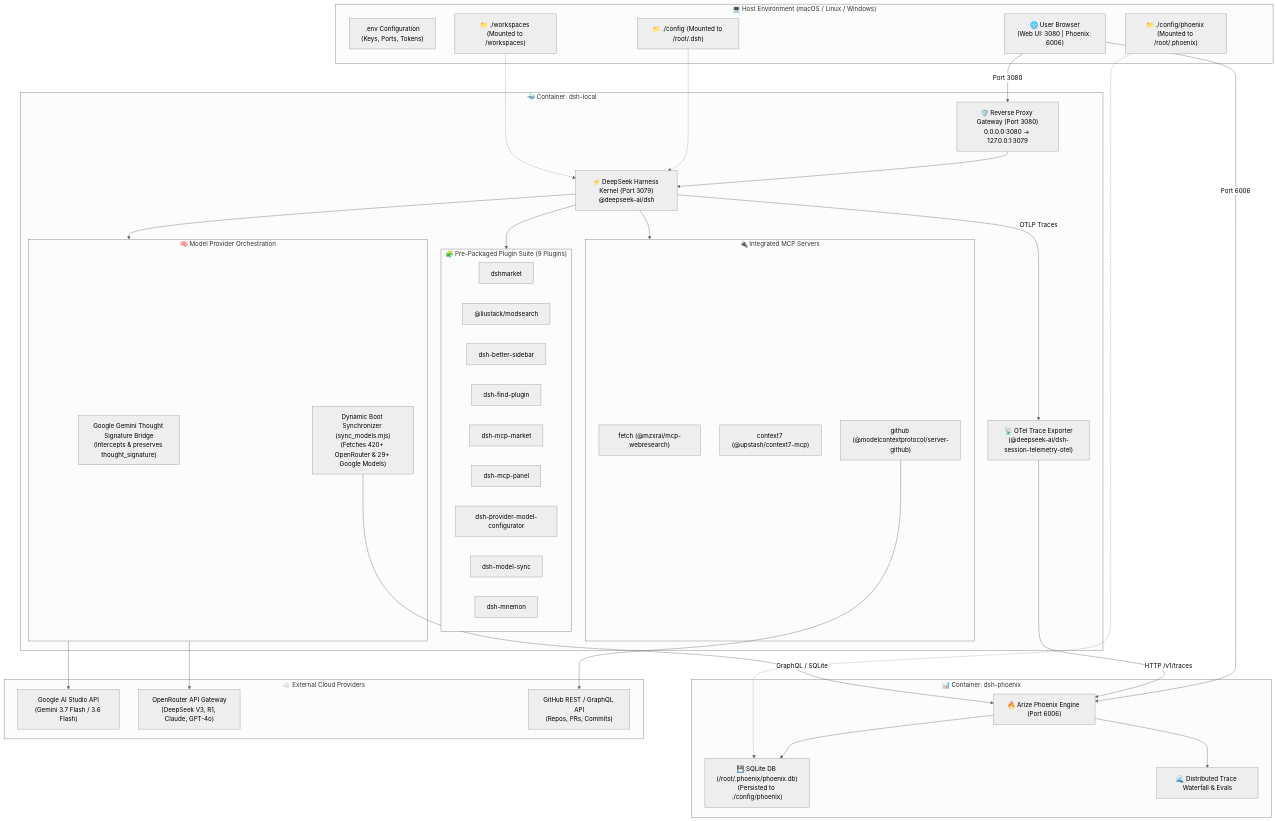
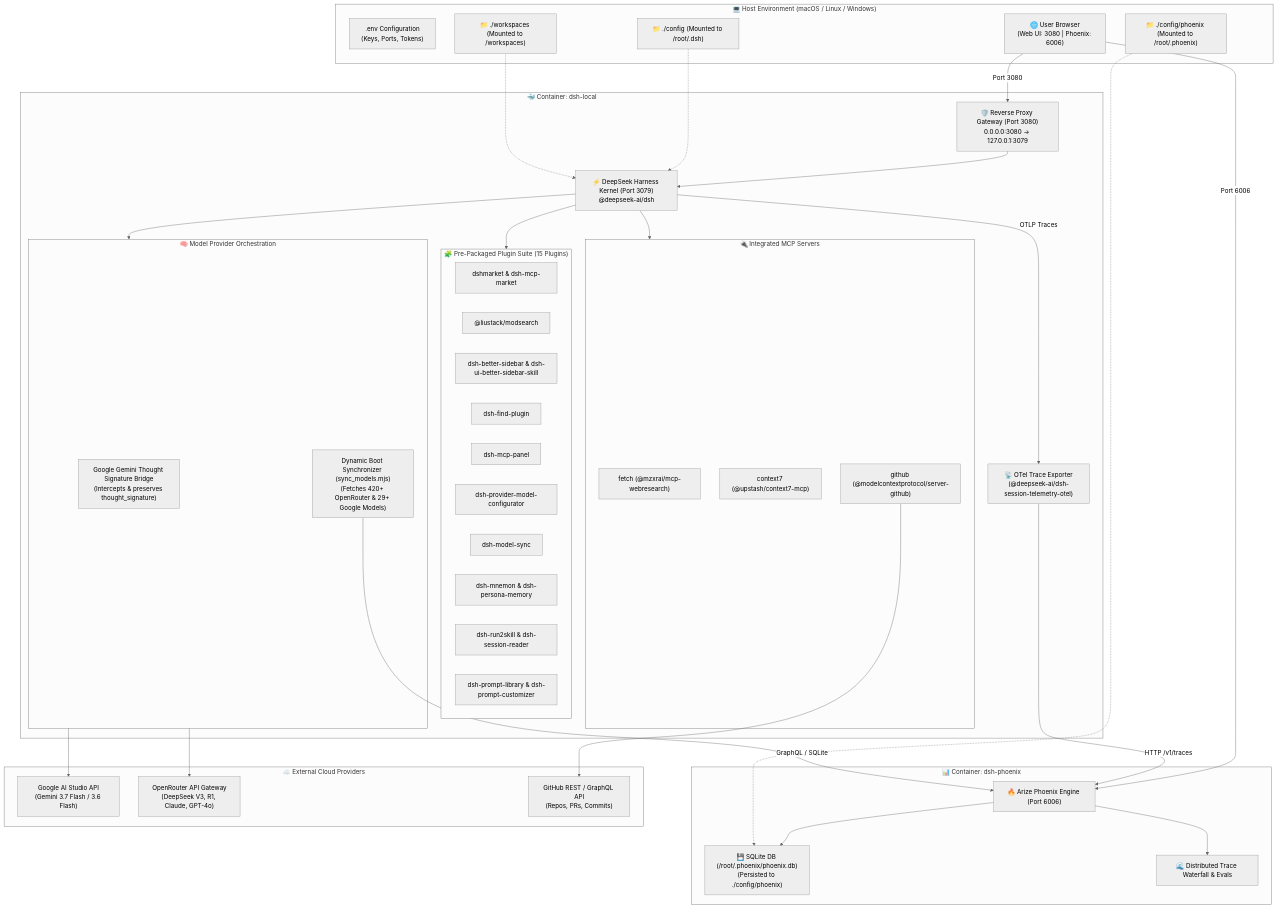
One commit to hdjebar/DSH-DDS changed the diagram in docs/architecture.md. Above: the diagram before and after it, drawn with Mermaid (neutral theme). The commit also changed 2 other files, not shown here.

Commit message:
docs: comprehensive update across README and docs covering all 15 plugins, Multi-Model Matrix, and Persona Studio

````diff
--- a/docs/architecture.md
+++ b/docs/architecture.md
@@ -3,73 +3,74 @@
 ```mermaid
 flowchart TD
     subgraph Host ["💻 Host Environment (macOS / Linux / Windows)"]
         ENV[".env Configuration\n(Keys, Ports, Tokens)"]
         VOL_CFG["📁 ./config (Mounted to /root/.dsh)"]
         VOL_PHX["📁 ./config/phoenix (Mounted to /root/.phoenix)"]
         VOL_WS["📁 ./workspaces (Mounted to /workspaces)"]
         BROWSER["🌐 User Browser\n(Web UI: 3080 | Phoenix: 6006)"]
     end
 
     subgraph DSH_Container ["🐳 Container: dsh-local"]
         PROXY["🛡️ Reverse Proxy Gateway (Port 3080)\n0.0.0.0:3080 -> 127.0.0.1:3079"]
         CORE["⚡ DeepSeek Harness Kernel (Port 3079)\n@deepseek-ai/dsh"]
         
-        subgraph Plugins ["🧩 Pre-Packaged Plugin Suite (9 Plugins)"]
-            PLUG_MKT["dshmarket"]
+        subgraph Plugins ["🧩 Pre-Packaged Plugin Suite (15 Plugins)"]
+            PLUG_MKT["dshmarket & dsh-mcp-market"]
             PLUG_SRC["@liustack/modsearch"]
-            PLUG_SIDE["dsh-better-sidebar"]
+            PLUG_SIDE["dsh-better-sidebar & dsh-ui-better-sidebar-skill"]
             PLUG_FIND["dsh-find-plugin"]
-            PLUG_MCP_MKT["dsh-mcp-market"]
             PLUG_MCP_PNL["dsh-mcp-panel"]
             PLUG_CFG["dsh-provider-model-configurator"]
             PLUG_SYNC["dsh-model-sync"]
-            PLUG_MNEM["dsh-mnemon"]
+            PLUG_MNEM["dsh-mnemon & dsh-persona-memory"]
+            PLUG_DISTILL["dsh-run2skill & dsh-session-reader"]
+            PLUG_PROMPT["dsh-prompt-library & dsh-prompt-customizer"]
         end
 
         subgraph MCP_Servers ["🔌 Integrated MCP Servers"]
             MCP_FETCH["fetch (@mzxrai/mcp-webresearch)"]
             MCP_CTX["context7 (@upstash/context7-mcp)"]
             MCP_GH["github (@modelcontextprotocol/server-github)"]
         end
 
         subgraph LLM_Bridges ["🧠 Model Provider Orchestration"]
             BRIDGE_GEMINI["Google Gemini Thought Signature Bridge\n(Intercepts & preserves thought_signature)"]
             AUTO_SYNC["Dynamic Boot Synchronizer (sync_models.mjs)\n(Fetches 420+ OpenRouter & 29+ Google Models)"]
         end
 
         OTEL_EXPORTER["📡 OTel Trace Exporter\n(@deepseek-ai/dsh-session-telemetry-otel)"]
     end
 
     subgraph Phoenix_Container ["📊 Container: dsh-phoenix"]
         PHOENIX_SRV["🔥 Arize Phoenix Engine (Port 6006)"]
         SQLITE_DB["💾 SQLite DB (/root/.phoenix/phoenix.db)\n(Persisted to ./config/phoenix)"]
         TRACES["🌊 Distributed Trace Waterfall & Evals"]
     end
 
     subgraph External_APIs ["☁️ External Cloud Providers"]
         API_GEMINI["Google AI Studio API\n(Gemini 3.7 Flash / 3.6 Flash)"]
         API_OPENROUTER["OpenRouter API Gateway\n(DeepSeek V3, R1, Claude, GPT-4o)"]
         API_GITHUB["GitHub REST / GraphQL API\n(Repos, PRs, Commits)"]
     end
 
     %% Connections
     BROWSER -->|Port 3080| PROXY
     BROWSER -->|Port 6006| PHOENIX_SRV
     PROXY --> CORE
     CORE --> Plugins
     CORE --> MCP_Servers
     CORE --> LLM_Bridges
     LLM_Bridges --> API_GEMINI
     LLM_Bridges --> API_OPENROUTER
     MCP_GH --> API_GITHUB
     
     CORE -->|OTLP Traces| OTEL_EXPORTER
     OTEL_EXPORTER -->|HTTP /v1/traces| PHOENIX_SRV
     PHOENIX_SRV --> SQLITE_DB
     PHOENIX_SRV --> TRACES
     AUTO_SYNC -->|GraphQL / SQLite| PHOENIX_SRV
 
     VOL_CFG -.-> CORE
     VOL_PHX -.-> SQLITE_DB
     VOL_WS -.-> CORE
 ```
````
